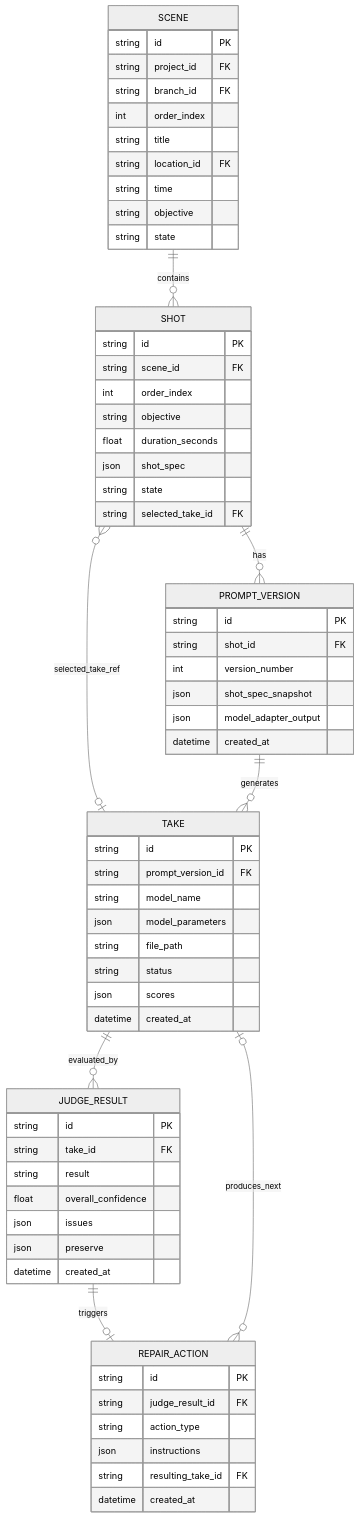
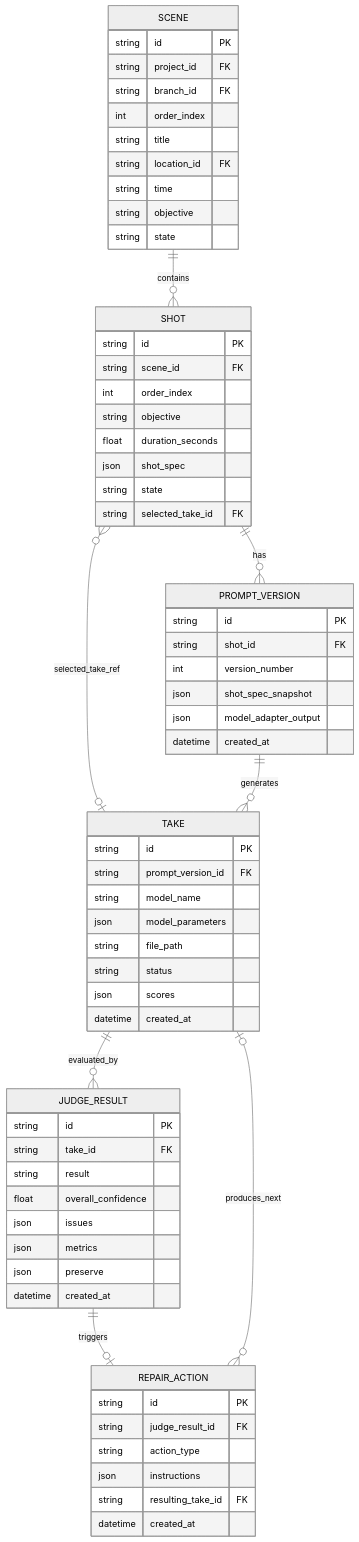
The second of 5 diagrams in spec/architecture/er.md (ousiassllc/mam), drawn with Mermaid (neutral theme) before and after one commit. The commit also changed other lines of this file and 6 other files, not shown here.

````diff
--- a/spec/architecture/er.md
+++ b/spec/architecture/er.md
@@ -69,67 +76,68 @@
 ```mermaid
 erDiagram
     SCENE ||--o{ SHOT : contains
     SHOT ||--o{ PROMPT_VERSION : has
     SHOT }o--o| TAKE : selected_take_ref
     PROMPT_VERSION ||--o{ TAKE : generates
     TAKE ||--o{ JUDGE_RESULT : evaluated_by
     JUDGE_RESULT ||--o| REPAIR_ACTION : triggers
     REPAIR_ACTION }o--o| TAKE : produces_next
 
     SCENE {
         string id PK
         string project_id FK
         string branch_id FK
         int order_index
         string title
         string location_id FK
         string time
         string objective
         string state
     }
     SHOT {
         string id PK
         string scene_id FK
         int order_index
         string objective
         float duration_seconds
         json shot_spec
         string state
         string selected_take_id FK
     }
     PROMPT_VERSION {
         string id PK
         string shot_id FK
         int version_number
         json shot_spec_snapshot
         json model_adapter_output
         datetime created_at
     }
     TAKE {
         string id PK
         string prompt_version_id FK
         string model_name
         json model_parameters
         string file_path
         string status
         json scores
         datetime created_at
     }
     JUDGE_RESULT {
         string id PK
         string take_id FK
         string result
         float overall_confidence
         json issues
+        json metrics
         json preserve
         datetime created_at
     }
     REPAIR_ACTION {
         string id PK
         string judge_result_id FK
         string action_type
         json instructions
         string resulting_take_id FK
         datetime created_at
     }
 ```
````
